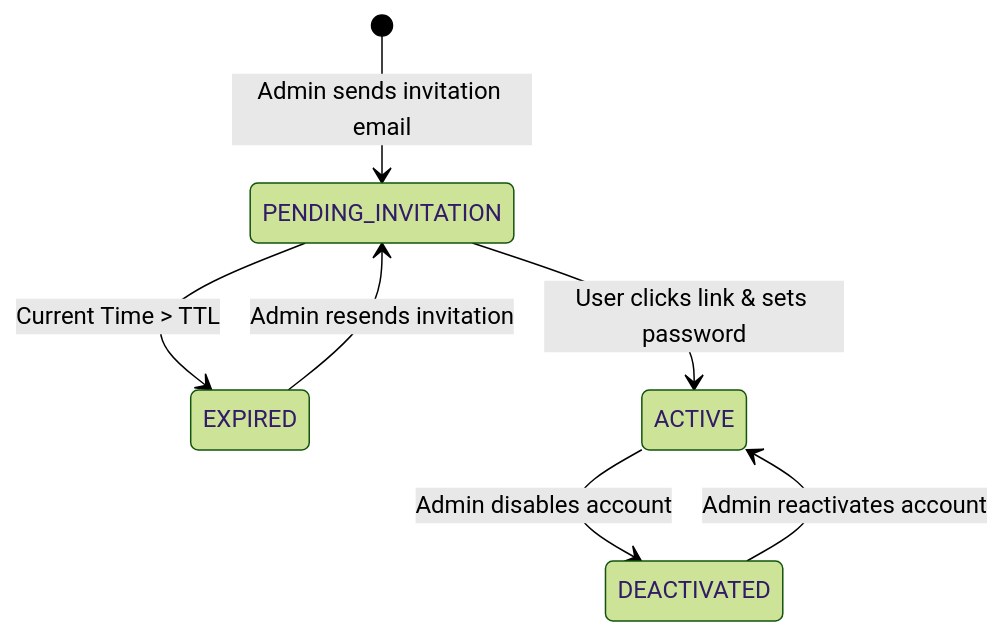
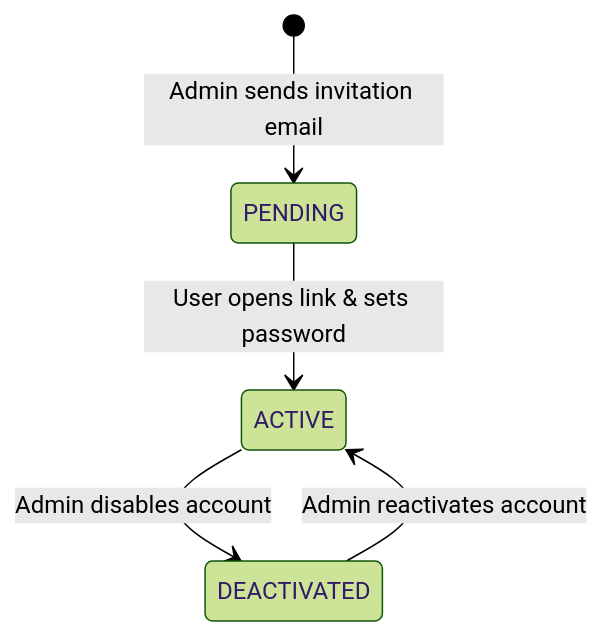
One commit to Viktorious1701/PFM changed the second of 7 diagrams in SDS.md. Above: the diagram before and after it, drawn with Mermaid (forest theme). The commit also changed other lines of this file and 8 other files, not shown here.

````diff
--- a/SDS.md
+++ b/SDS.md
@@ -188,9 +231,7 @@
 ```mermaid
 stateDiagram-v2
-    [*] --> PENDING_INVITATION : Admin sends invitation email
-    PENDING_INVITATION --> EXPIRED : Current Time > TTL
-    PENDING_INVITATION --> ACTIVE : User clicks link & sets password
-    EXPIRED --> PENDING_INVITATION : Admin resends invitation
+    [*] --> PENDING : Admin sends invitation email
+    PENDING --> ACTIVE : User opens link & sets password
     ACTIVE --> DEACTIVATED : Admin disables account
     DEACTIVATED --> ACTIVE : Admin reactivates account
 ```
````
